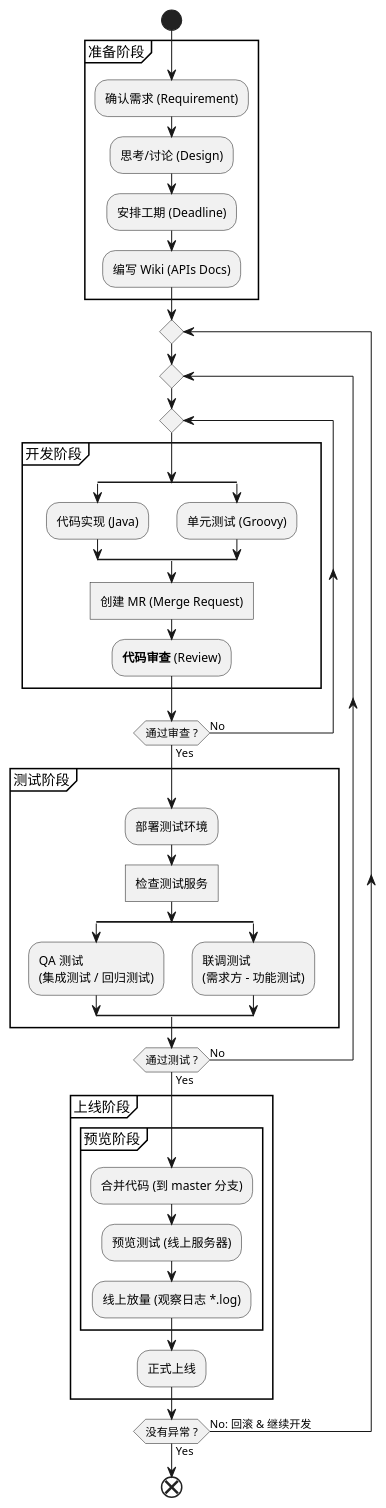
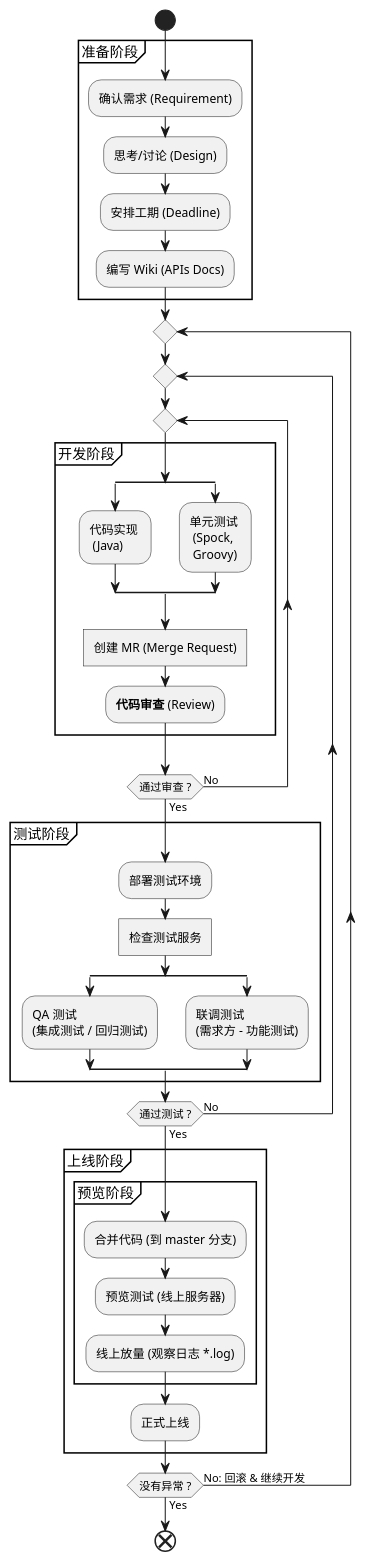
One commit to IceHe/icehe-lib changed the second of 2 diagrams in coding/work-flow.md. Above: the diagram before and after it, drawn with PlantUML. The commit also changed other lines of this file, not shown here.

````diff
--- a/coding/work-flow.md
+++ b/coding/work-flow.md
@@ -24,60 +24,55 @@
 ```plantuml
 @startuml
 
 start
 
 partition 准备阶段 {
     :确认需求 (Requirement);
     :思考/讨论 (Design);
     :安排工期 (Deadline);
     :编写 Wiki (APIs Docs);
 }
 
 repeat
 repeat
 repeat
 
 partition 开发阶段 {
     split
-        :代码实现 (Java);
+        :代码实现 \n (Java);
     split again
-        :单元测试 (Groovy);
+        :单元测试 \n (Spock, \n Groovy);
     end split
     :创建 MR (Merge Request)]
     :**代码审查** (Review);
 }
 
 repeat while (通过审查 ?) is (No) not (Yes)
-'if (通过审查 ?) then (Yes)
-'else (No)
-'    :**继续开发**<
-'    detach
-'endif
 
 partition 测试阶段 {
     :部署测试环境;
     :检查测试服务]
     split
         :QA 测试\n(集成测试 / 回归测试);
     split again
         :联调测试\n(需求方 - 功能测试);
     end split
 }
 
 repeat while (通过测试 ?) is (No) not (Yes)
 
 partition 上线阶段 {
     partition 预览阶段 {
         :合并代码 (到 master 分支);
         :预览测试 (线上服务器);
         :线上放量 (观察日志 *.log);
     }
     :正式上线;
 }
 
 repeat while (没有异常 ?) is (No: 回滚 & 继续开发) not (Yes)
 
 end
 
 @enduml
 ```
````
